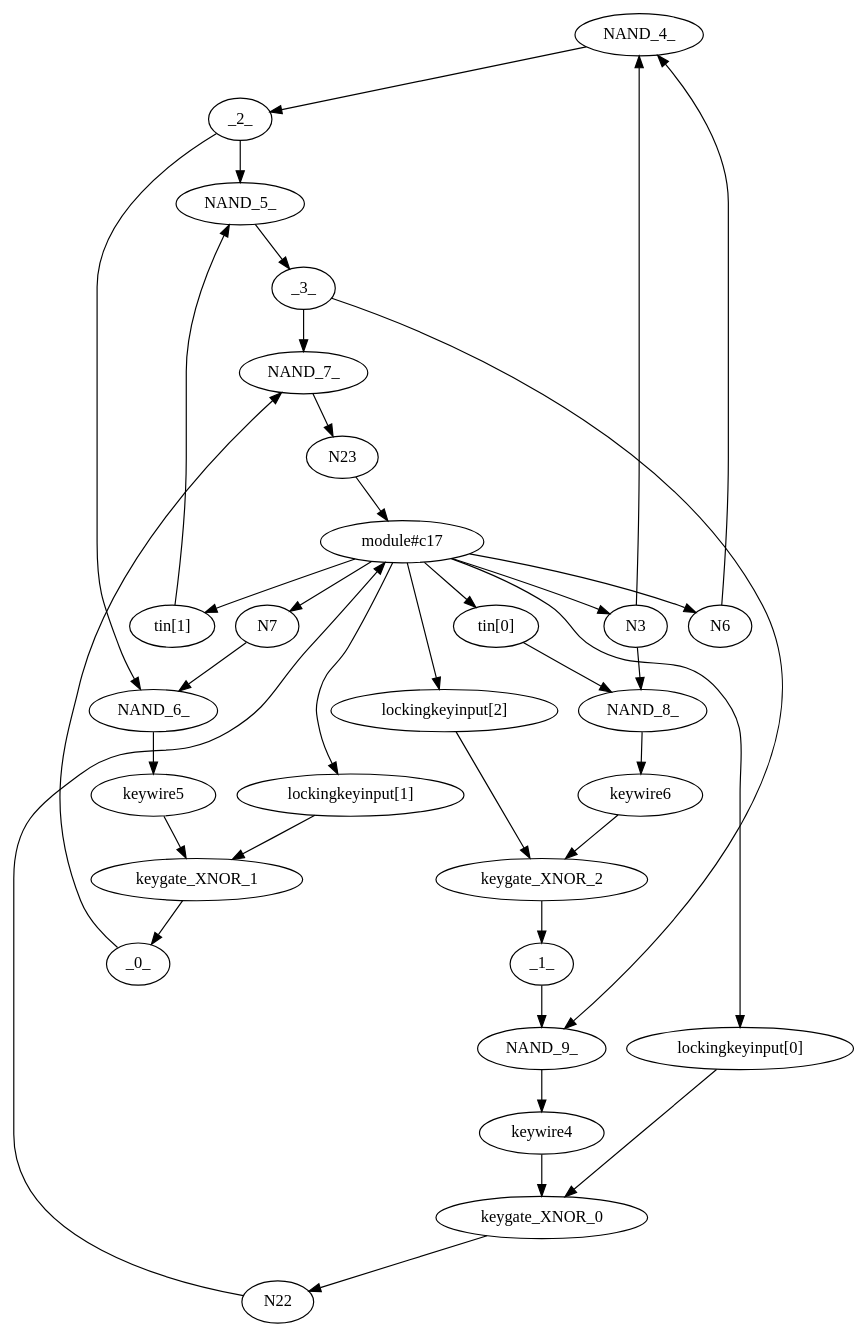
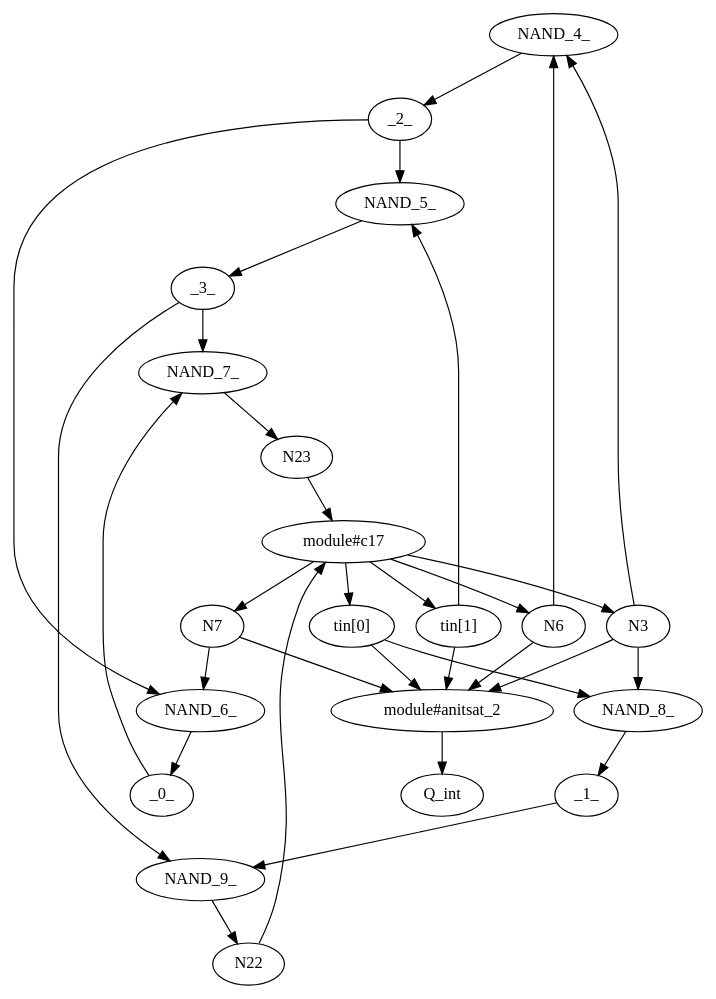
One commit to alirafiqmalik/ENIGMA-Logic-Locking-Framework changed the diagram in tmp/tmp.dot. Above: the diagram before and after it, drawn with Graphviz. The commit also changed 8 other files, not shown here.

Commit message:
PostSAT AntiSAT Module insertion and locking working with graph and LLverilog creation but initiation of submodule in modules need to be fixed

```diff
--- a/tmp/tmp.dot
+++ b/tmp/tmp.dot
@@ -1,90 +1,71 @@
 strict digraph "" {
 	NAND_4_	[logic=NAND,
 		type=gate];
 	_2_	[port=_2_,
 		type=wire];
 	NAND_4_ -> _2_;
 	NAND_5_	[logic=NAND,
 		type=gate];
 	_2_ -> NAND_5_;
 	NAND_6_	[logic=NAND,
 		type=gate];
 	_2_ -> NAND_6_;
 	N6	[port=N6,
 		type=input];
 	N6 -> NAND_4_;
+	"module#anitsat_2"	[init_name=anitsat_2,
+		module_name=antisat,
+		type=module];
+	N6 -> "module#anitsat_2";
 	N3	[port=N3,
 		type=input];
 	N3 -> NAND_4_;
 	NAND_8_	[logic=NAND,
 		type=gate];
 	N3 -> NAND_8_;
+	N3 -> "module#anitsat_2";
 	_3_	[port=_3_,
 		type=wire];
 	NAND_5_ -> _3_;
 	NAND_7_	[logic=NAND,
 		type=gate];
 	_3_ -> NAND_7_;
 	NAND_9_	[logic=NAND,
 		type=gate];
 	_3_ -> NAND_9_;
 	"tin[1]"	[port=tin,
 		type=input];
 	"tin[1]" -> NAND_5_;
-	keywire5	[port=keywire5,
-		type=wire];
-	NAND_6_ -> keywire5;
+	"tin[1]" -> "module#anitsat_2";
 	_0_	[port=_0_,
 		type=wire];
+	NAND_6_ -> _0_;
 	_0_ -> NAND_7_;
 	N7	[port=N7,
 		type=input];
 	N7 -> NAND_6_;
+	N7 -> "module#anitsat_2";
 	N23	[type=output];
 	NAND_7_ -> N23;
 	"module#c17"	[type=module];
 	N23 -> "module#c17";
-	keywire6	[port=keywire6,
-		type=wire];
-	NAND_8_ -> keywire6;
 	_1_	[port=_1_,
 		type=wire];
+	NAND_8_ -> _1_;
 	_1_ -> NAND_9_;
 	"tin[0]"	[port=tin,
 		type=input];
 	"tin[0]" -> NAND_8_;
-	keywire4	[port=keywire4,
-		type=wire];
-	NAND_9_ -> keywire4;
+	"tin[0]" -> "module#anitsat_2";
 	N22	[type=output];
+	NAND_9_ -> N22;
 	N22 -> "module#c17";
 	"module#c17" -> N6;
 	"module#c17" -> N3;
 	"module#c17" -> "tin[1]";
 	"module#c17" -> N7;
 	"module#c17" -> "tin[0]";
-	"lockingkeyinput[0]"	[port=lockingkeyinput,
-		type=input];
-	"module#c17" -> "lockingkeyinput[0]";
-	"lockingkeyinput[1]"	[port=lockingkeyinput,
-		type=input];
-	"module#c17" -> "lockingkeyinput[1]";
-	"lockingkeyinput[2]"	[port=lockingkeyinput,
-		type=input];
-	"module#c17" -> "lockingkeyinput[2]";
-	keygate_XNOR_0	[logic=XNOR,
-		type=gate];
-	keygate_XNOR_0 -> N22;
-	keywire4 -> keygate_XNOR_0;
-	"lockingkeyinput[0]" -> keygate_XNOR_0;
-	keygate_XNOR_1	[logic=XNOR,
-		type=gate];
-	keygate_XNOR_1 -> _0_;
-	keywire5 -> keygate_XNOR_1;
-	"lockingkeyinput[1]" -> keygate_XNOR_1;
-	keygate_XNOR_2	[logic=XNOR,
-		type=gate];
-	keygate_XNOR_2 -> _1_;
-	keywire6 -> keygate_XNOR_2;
-	"lockingkeyinput[2]" -> keygate_XNOR_2;
+	Q_int	[port=Q_int,
+		type=wire];
+	"module#anitsat_2" -> Q_int;
 }
```
